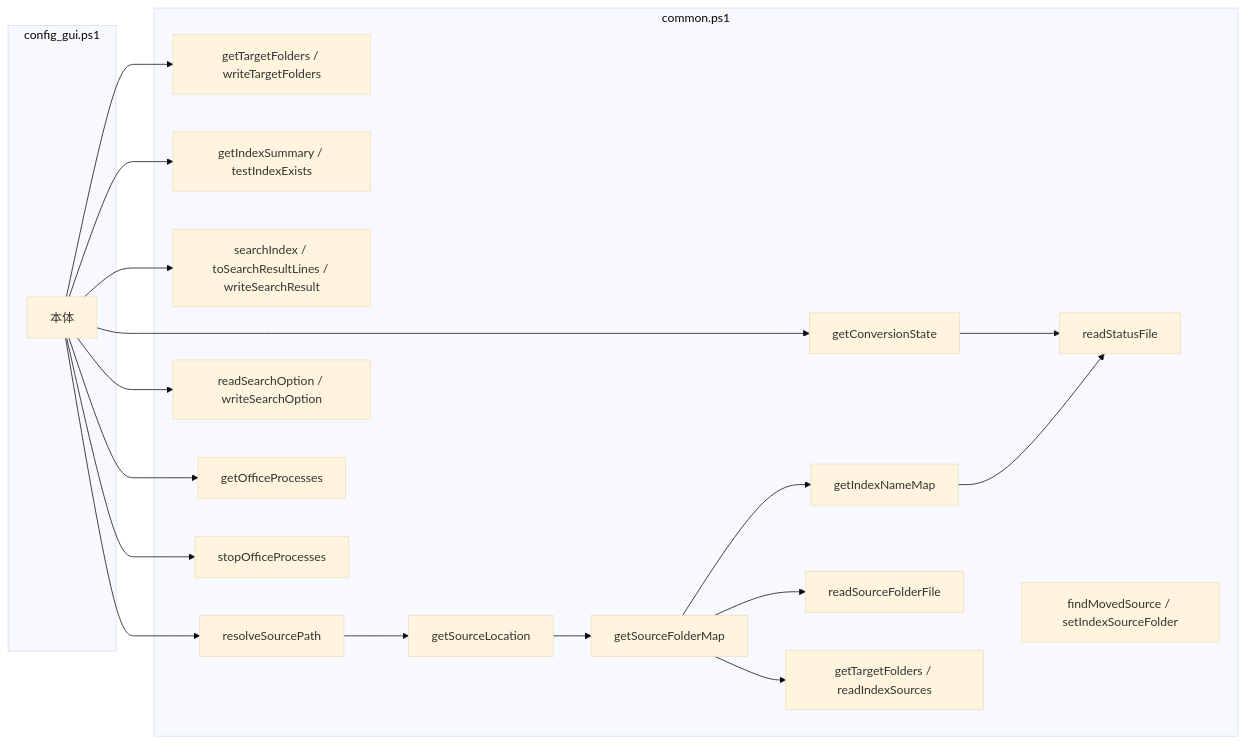
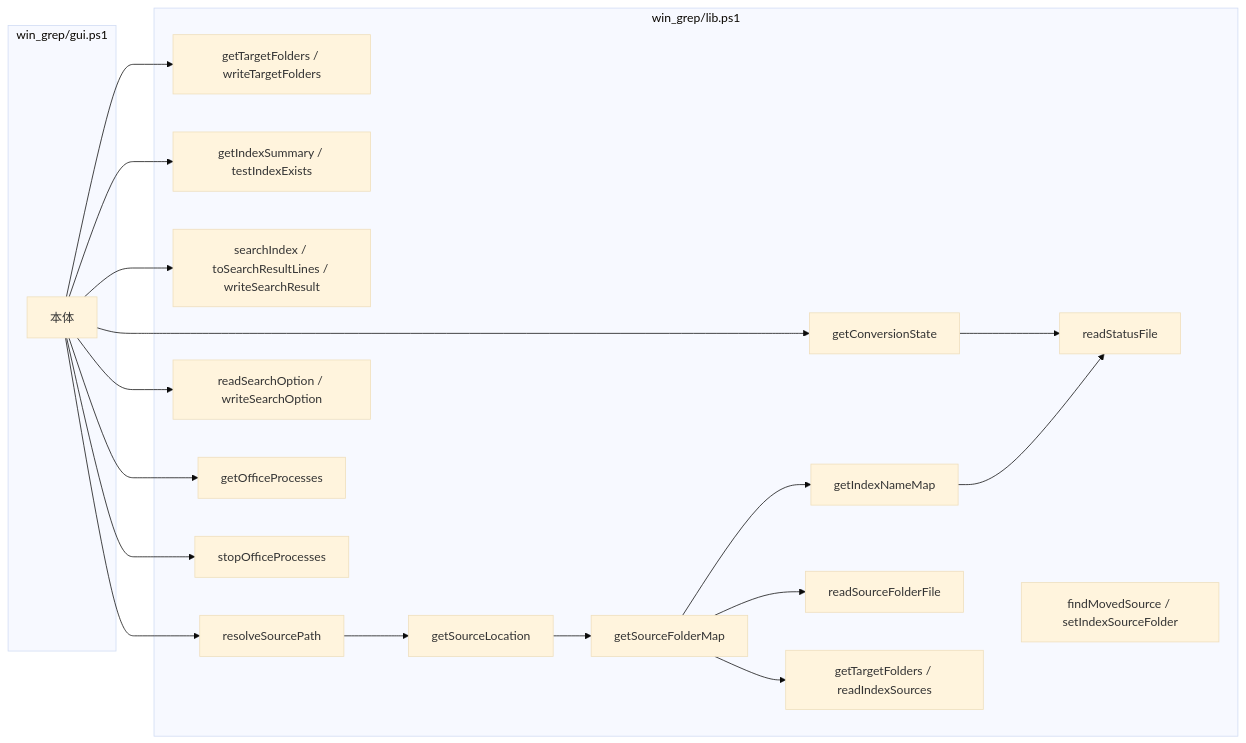
One commit to hsgwa/tebunko changed the second of 2 diagrams in docs/00_共通_2_共通モジュール.md. Above: the diagram before and after it, drawn with Mermaid (base theme). The commit also changed other lines of this file and 18 other files, not shown here.

````diff
--- a/docs/00_共通_2_共通モジュール.md
+++ b/docs/00_共通_2_共通モジュール.md
@@ -151,21 +187,21 @@
 ```mermaid
 flowchart LR
-    subgraph GUI["config_gui.ps1"]
+    subgraph GUI["win_grep/gui.ps1"]
         G["本体"]
     end
-    subgraph CMS["common.ps1"]
+    subgraph CMS["win_grep/lib.ps1"]
         TF["getTargetFolders / writeTargetFolders"]
         CS["getConversionState"] --> RSF["readStatusFile"]
         SUM["getIndexSummary / testIndexExists"]
         SI["searchIndex / toSearchResultLines / writeSearchResult"]
         RSP["resolveSourcePath"] --> SL["getSourceLocation"] --> SFM["getSourceFolderMap"] --> INM["getIndexNameMap"] --> RSF
         SFM --> RSFF["readSourceFolderFile"]
         SFM --> TGT["getTargetFolders / readIndexSources"]
         RPL["findMovedSource / setIndexSourceFolder"]
         OPT["readSearchOption / writeSearchOption"]
         GOP["getOfficeProcesses"]
         SOP["stopOfficeProcesses"]
     end
 
     G --> TF & CS & SUM & SI & RSP & OPT & GOP & SOP
 ```
````
